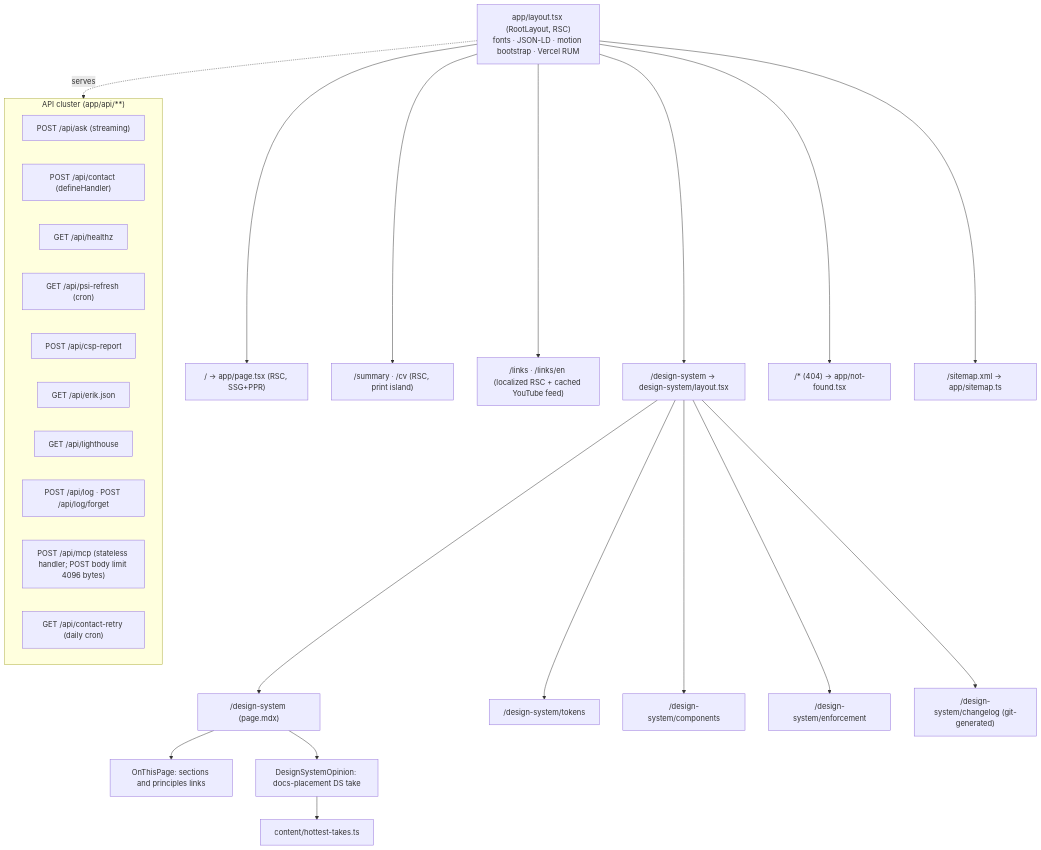
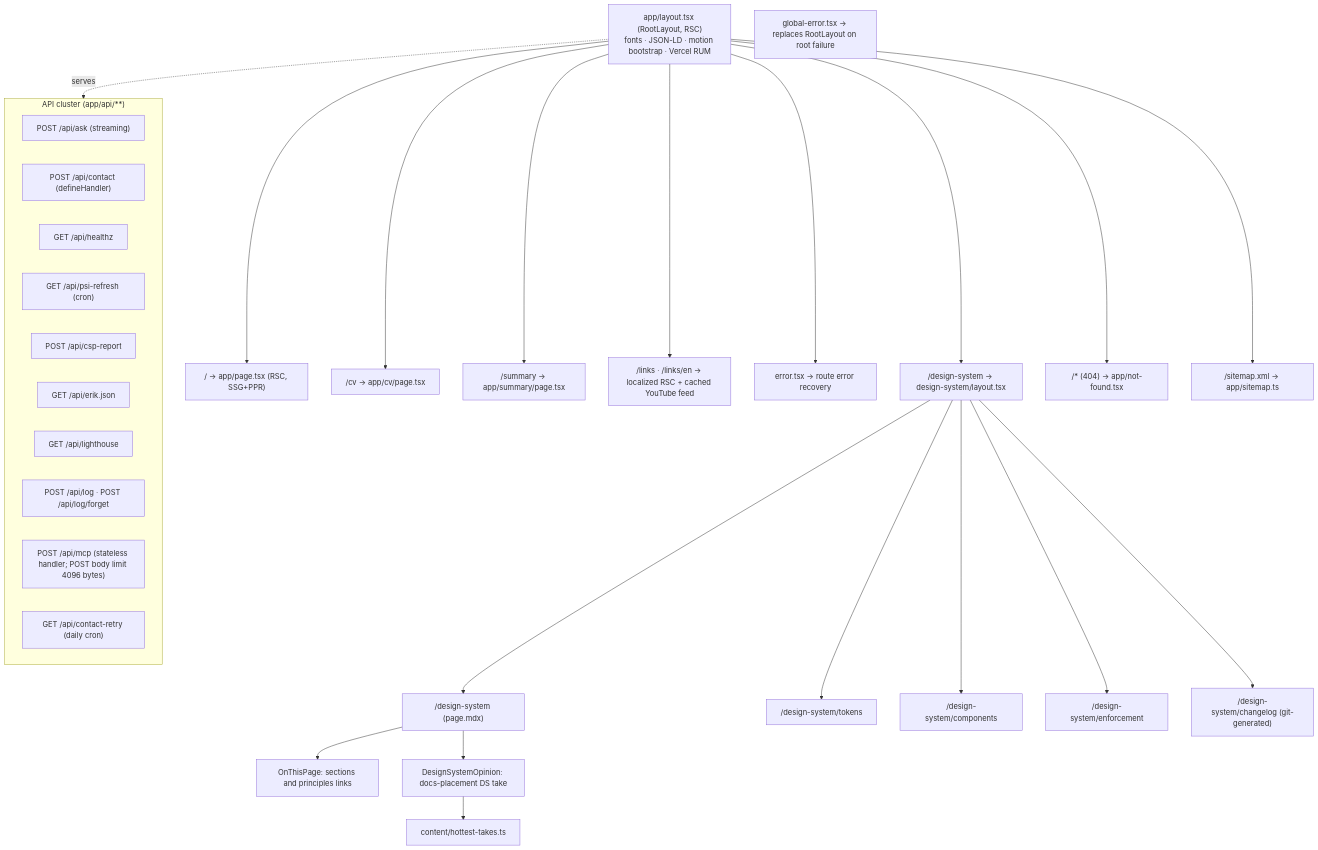
The first of 6 diagrams in docs/03-rendering-and-data-flow.md (erikunha/portfolio), drawn with Mermaid before and after one commit. The commit also changed other lines of this file and 66 other files, not shown here.

````diff
--- a/docs/03-rendering-and-data-flow.md
+++ b/docs/03-rendering-and-data-flow.md
@@ -7,31 +7,34 @@
 ```mermaid
 flowchart TD
     layout["app/layout.tsx (RootLayout, RSC)<br/>fonts · JSON-LD · motion bootstrap · Vercel RUM"]
     layout --> home["/ -> app/page.tsx (RSC, SSG+PPR)"]
-    layout --> reading["/summary · /cv (RSC, print island)"]
-    layout --> links["/links · /links/en (localized RSC + cached YouTube feed)"]
+    layout --> cv["/cv -> app/cv/page.tsx"]
+    layout --> summary["/summary -> app/summary/page.tsx"]
+    layout --> links["/links · /links/en -> localized RSC + cached YouTube feed"]
+    layout --> errors["error.tsx -> route error recovery"]
+    globalError["global-error.tsx -> replaces RootLayout on root failure"]
     layout --> ds["/design-system -> design-system/layout.tsx"]
     layout --> nf["/* (404) -> app/not-found.tsx"]
     layout --> sm["/sitemap.xml -> app/sitemap.ts"]
     ds --> ds1["/design-system (page.mdx)"]
     ds1 --> toc["OnThisPage: sections and principles links"]
     ds1 --> opinion["DesignSystemOpinion: docs-placement DS take"]
     opinion --> takes["content/hottest-takes.ts"]
     ds --> ds2["/design-system/tokens"]
     ds --> ds3["/design-system/components"]
     ds --> ds4["/design-system/enforcement"]
     ds --> ds5["/design-system/changelog (git-generated)"]
     subgraph api["API cluster (app/api/**)"]
       api1["POST /api/ask (streaming)"]
       api2["POST /api/contact (defineHandler)"]
       api3["GET /api/healthz"]
       api4["GET /api/psi-refresh (cron)"]
       api5["POST /api/csp-report"]
       api6["GET /api/erik.json"]
       api7["GET /api/lighthouse"]
       api8["POST /api/log · POST /api/log/forget"]
       api9["POST /api/mcp (stateless handler; POST body limit 4096 bytes)"]
       api10["GET /api/contact-retry (daily cron)"]
     end
     layout -.serves.-> api
 ```
````
